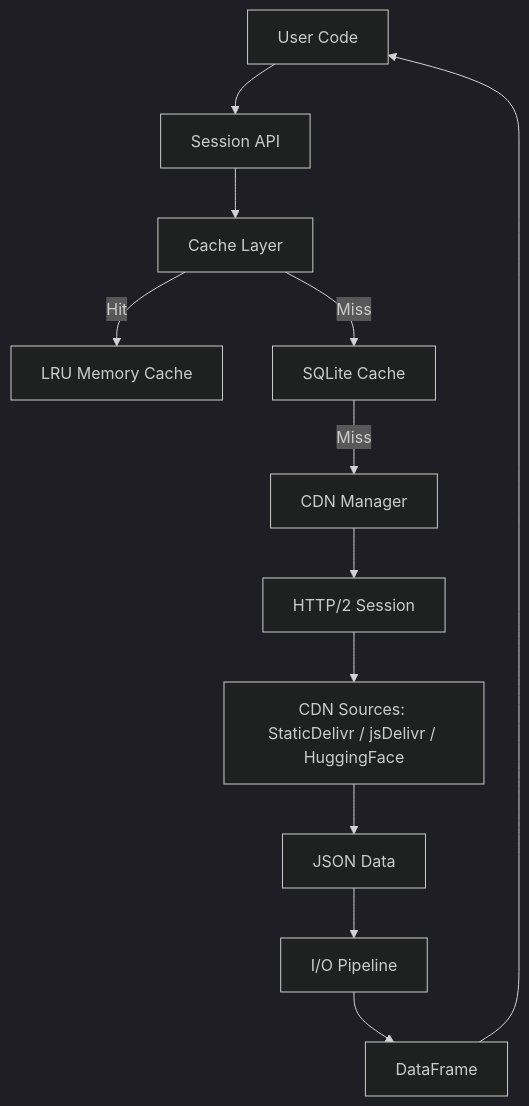
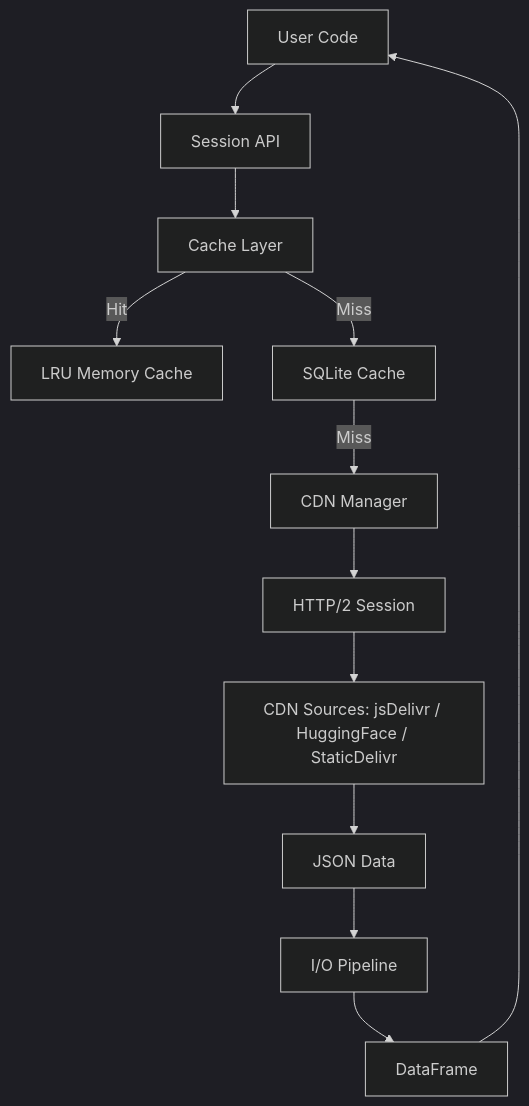
The first of 2 diagrams in docs/architecture.mdx (TracingInsights/tif1), drawn with Mermaid (dark theme) before and after one commit. The commit also changed other lines of this file and 25 other files, not shown here.

Commit message:
Make jsDelivr primary CDN, fall through to next CDN on 404

````diff
--- a/docs/architecture.mdx
+++ b/docs/architecture.mdx
@@ -18,14 +18,14 @@
 ```mermaid
 graph TB
     User[User Code] --> Session[Session API]
     Session --> Cache[Cache Layer]
     Cache --> |Hit| Memory[LRU Memory Cache]
     Cache --> |Miss| SQLite[SQLite Cache]
     SQLite --> |Miss| CDN[CDN Manager]
     CDN --> HTTP[HTTP/2 Session]
-    HTTP --> SRC[CDN Sources: StaticDelivr / jsDelivr / HuggingFace]
+    HTTP --> SRC[CDN Sources: jsDelivr / HuggingFace / StaticDelivr]
     SRC --> Data[JSON Data]
     Data --> Pipeline[I/O Pipeline]
     Pipeline --> DF[DataFrame]
     DF --> User
 ```
````
